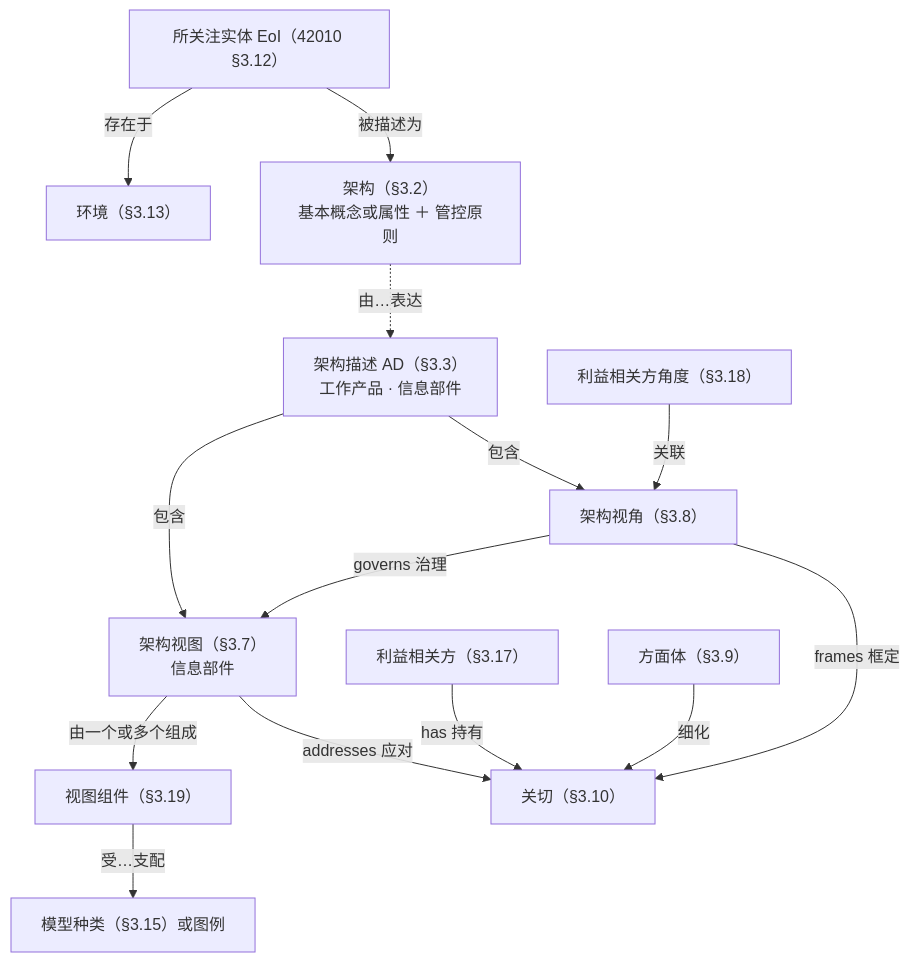
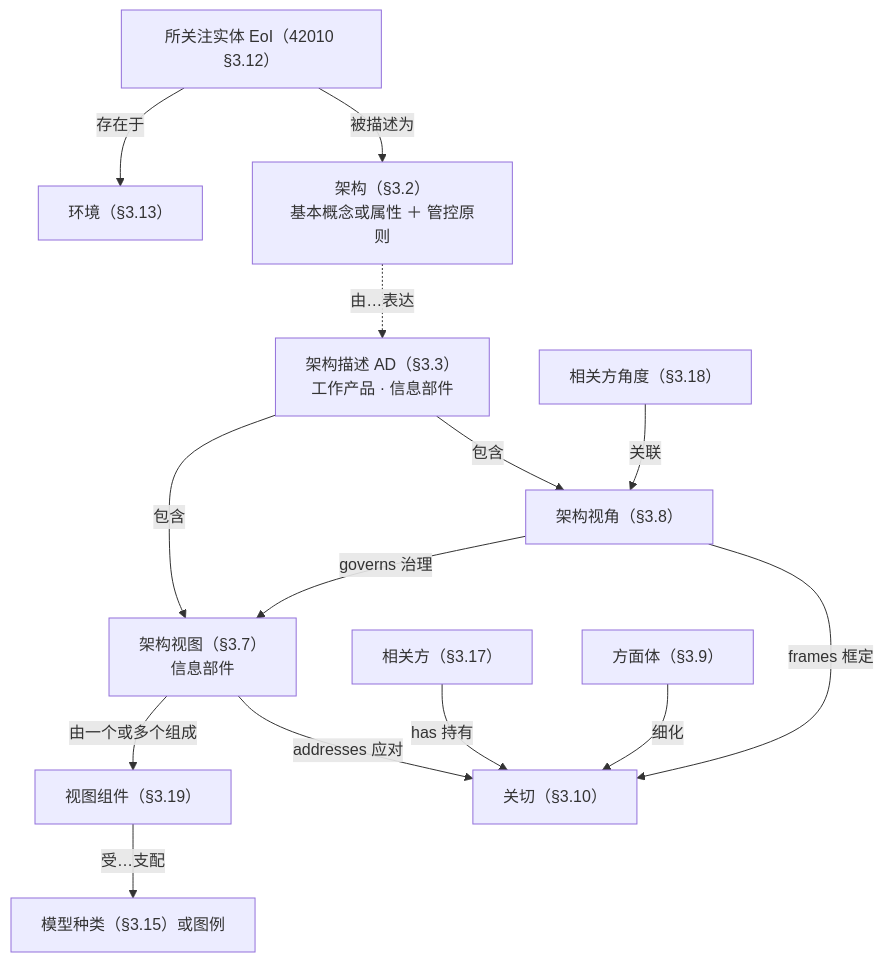
Before and after one commit to Yongjunzhou/business-Engineering: the first of 10 diagrams in 10-系统工程研究/00-系统工程相关研究报告/37-架构视图口径研究报告-从三词定位到七类视图与三张清单并附HUD·EOS·冷链·合同审批四套示例.md, drawn with Mermaid. The commit also changed other lines of this file and 69 other files, not shown here.

````diff
--- a/10-系统工程研究/00-系统工程相关研究报告/37-架构视图口径研究报告-从三词定位到七类视图与三张清单并附HUD·EOS·冷链·合同审批四套示例.md
+++ b/10-系统工程研究/00-系统工程相关研究报告/37-架构视图口径研究报告-从三词定位到七类视图与三张清单并附HUD·EOS·冷链·合同审批四套示例.md
@@ -108,16 +108,16 @@
 ```mermaid
 flowchart TD
   EOI["所关注实体 EoI（42010 §3.12）"] -->|被描述为| ARCH["架构（§3.2）<br/>基本概念或属性 ＋ 管控原则"]
   EOI -->|存在于| ENV["环境（§3.13）"]
   ARCH -.->|由…表达| AD["架构描述 AD（§3.3）<br/>工作产品 · 信息部件"]
   AD -->|包含| VP["架构视角（§3.8）"]
   AD -->|包含| VW["架构视图（§3.7）<br/>信息部件"]
   VP -->|frames 框定| CON["关切（§3.10）"]
-  STK["利益相关方（§3.17）"] -->|has 持有| CON
+  STK["相关方（§3.17）"] -->|has 持有| CON
   VP -->|governs 治理| VW
   VW -->|addresses 应对| CON
   VW -->|由一个或多个组成| VC["视图组件（§3.19）"]
   VC -->|受…支配| MK["模型种类（§3.15）或图例"]
   ASP["方面体（§3.9）"] -->|细化| CON
-  SP["利益相关方角度（§3.18）"] -->|关联| VP
+  SP["相关方角度（§3.18）"] -->|关联| VP
 ```
````
